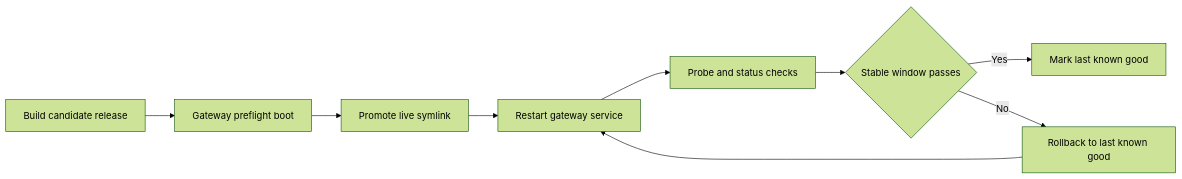
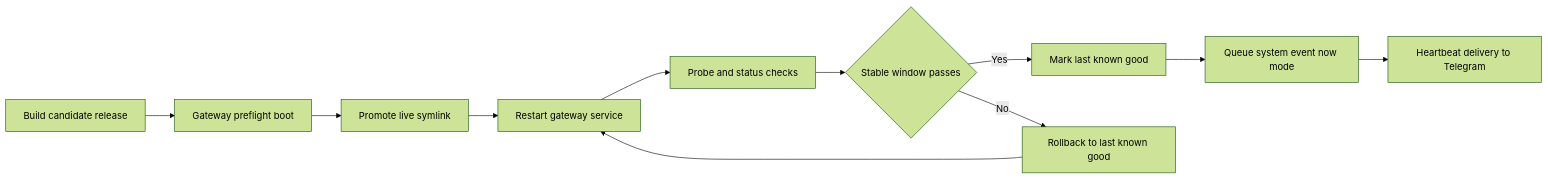
Before and after one commit to Gholimoli/openclaw: the fifth of 6 diagrams in docs/concepts/system-architecture.md, drawn with Mermaid (forest theme). The commit also changed other lines of this file and 59 other files, not shown here.

````diff
--- a/docs/concepts/system-architecture.md
+++ b/docs/concepts/system-architecture.md
@@ -448,11 +451,13 @@
 ```mermaid
 flowchart LR
   A[Build candidate release] --> B[Gateway preflight boot]
   B --> C[Promote live symlink]
   C --> D[Restart gateway service]
   D --> E[Probe and status checks]
   E --> F{Stable window passes}
   F -->|Yes| G[Mark last known good]
+  G --> I[Queue system event now mode]
+  I --> J[Heartbeat delivery to Telegram]
   F -->|No| H[Rollback to last known good]
   H --> D
 ```
````
